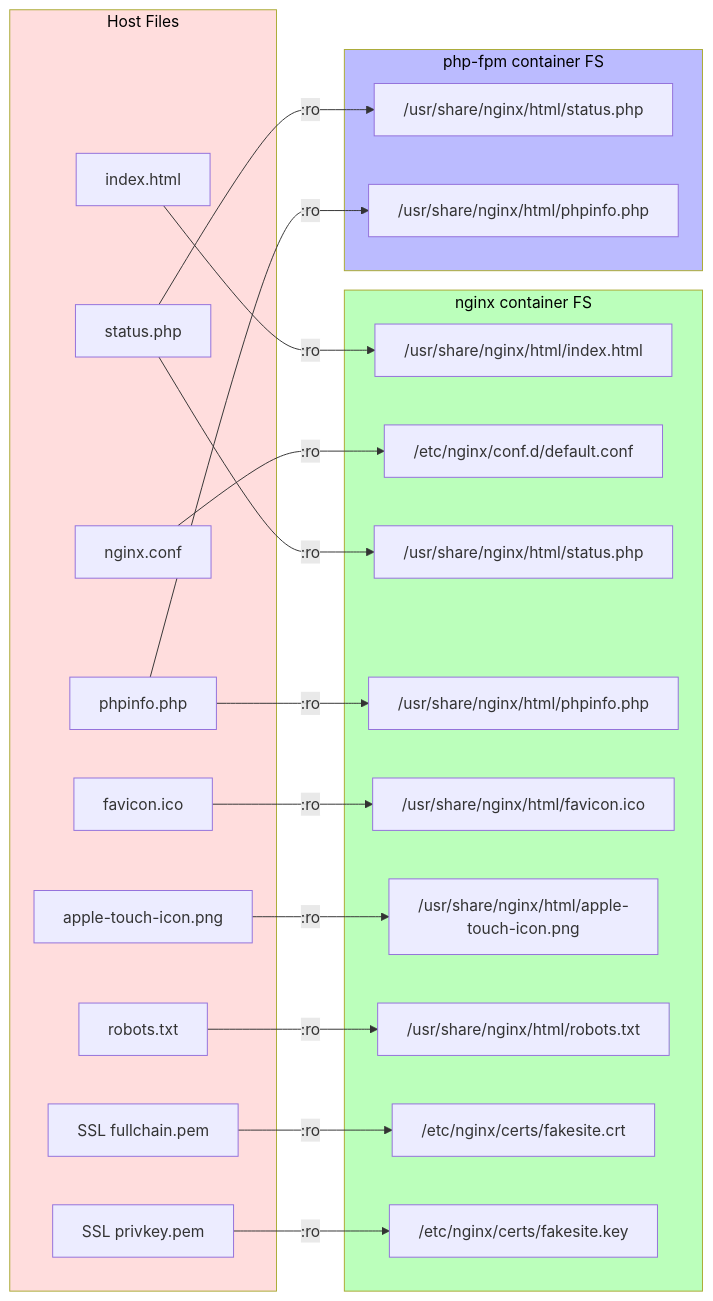
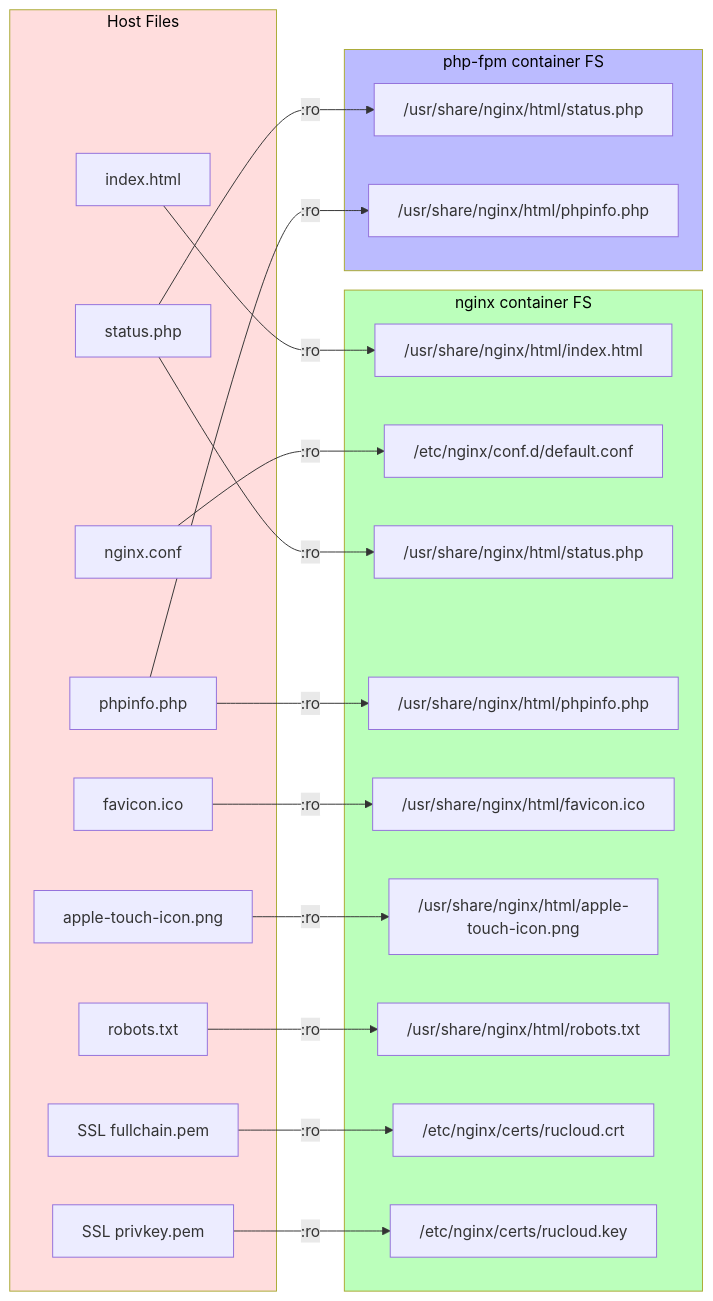
Before and after one commit to Armruswest2024/RuCloud: diagram 14 of 14 in docs/myshpere-logic.md, drawn with Mermaid. The commit also changed other lines of this file and 12 other files, not shown here.

````diff
--- a/docs/myshpere-logic.md
+++ b/docs/myshpere-logic.md
@@ -566,48 +566,48 @@
 ```mermaid
 flowchart LR
   subgraph HOST_FILES [Host Files]
     H1["index.html"]
     H2["nginx.conf"]
     H3["status.php"]
     H4["phpinfo.php"]
     H5["favicon.ico"]
     H6["apple-touch-icon.png"]
     H7["robots.txt"]
     H8["SSL fullchain.pem"]
     H9["SSL privkey.pem"]
   end
 
   subgraph NGINX_FS [nginx container FS]
     N1["/usr/share/nginx/html/index.html"]
     N2["/etc/nginx/conf.d/default.conf"]
     N3["/usr/share/nginx/html/status.php"]
     N4["/usr/share/nginx/html/phpinfo.php"]
     N5["/usr/share/nginx/html/favicon.ico"]
     N6["/usr/share/nginx/html/apple-touch-icon.png"]
     N7["/usr/share/nginx/html/robots.txt"]
-    N8["/etc/nginx/certs/fakesite.crt"]
-    N9["/etc/nginx/certs/fakesite.key"]
+    N8["/etc/nginx/certs/rucloud.crt"]
+    N9["/etc/nginx/certs/rucloud.key"]
   end
 
   subgraph PHP_FS [php-fpm container FS]
     P1["/usr/share/nginx/html/status.php"]
     P2["/usr/share/nginx/html/phpinfo.php"]
   end
 
   H1 -->|:ro| N1
   H2 -->|:ro| N2
   H3 -->|:ro| N3
   H4 -->|:ro| N4
   H5 -->|:ro| N5
   H6 -->|:ro| N6
   H7 -->|:ro| N7
   H8 -->|:ro| N8
   H9 -->|:ro| N9
 
   H3 -->|:ro| P1
   H4 -->|:ro| P2
 
   style HOST_FILES fill:#fdd,color:#000
   style NGINX_FS fill:#bfb,color:#000
   style PHP_FS fill:#bbf,color:#000
 ```
````
